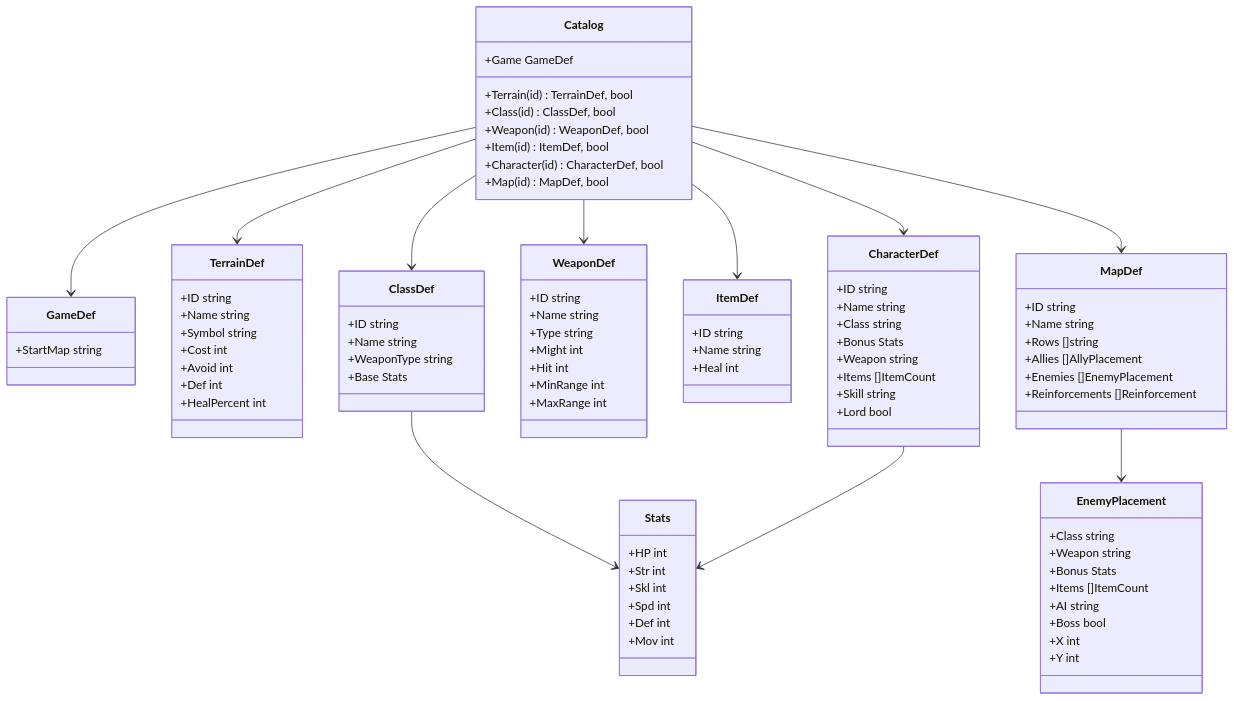
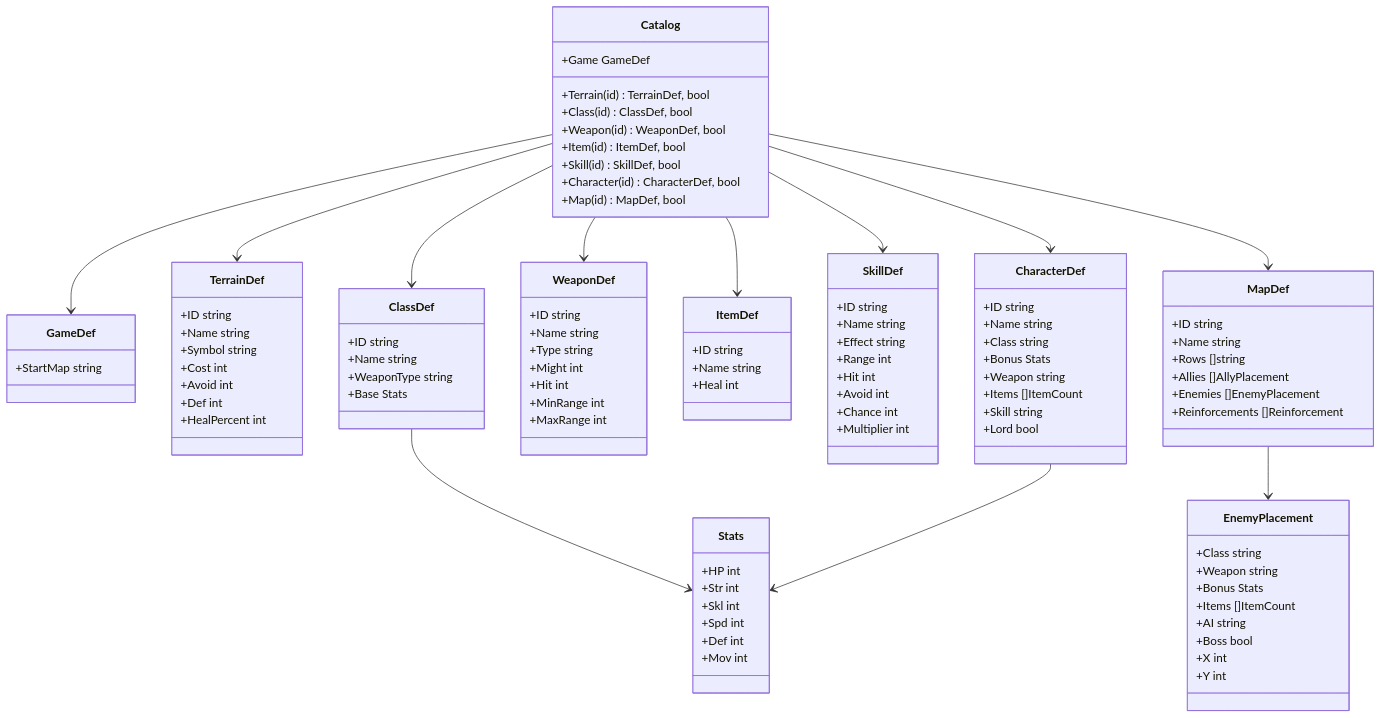
Before and after one commit to sakana396/renkin_tactics: the second of 6 diagrams in docs/03_design/design-it01.md, drawn with Mermaid. The commit also changed other lines of this file and 5 other files, not shown here.

```diff
--- a/docs/03_design/design-it01.md
+++ b/docs/03_design/design-it01.md
@@ -65,6 +68,7 @@
     +Class(id) ClassDef, bool
     +Weapon(id) WeaponDef, bool
     +Item(id) ItemDef, bool
+    +Skill(id) SkillDef, bool
     +Character(id) CharacterDef, bool
     +Map(id) MapDef, bool
   }
@@ -108,6 +112,16 @@
     +Name string
     +Heal int
   }
+  class SkillDef {
+    +ID string
+    +Name string
+    +Effect string
+    +Range int
+    +Hit int
+    +Avoid int
+    +Chance int
+    +Multiplier int
+  }
   class CharacterDef {
     +ID string
     +Name string
@@ -141,6 +155,7 @@
   Catalog --> ClassDef
   Catalog --> WeaponDef
   Catalog --> ItemDef
+  Catalog --> SkillDef
   Catalog --> CharacterDef
   Catalog --> MapDef
   ClassDef --> Stats
```
